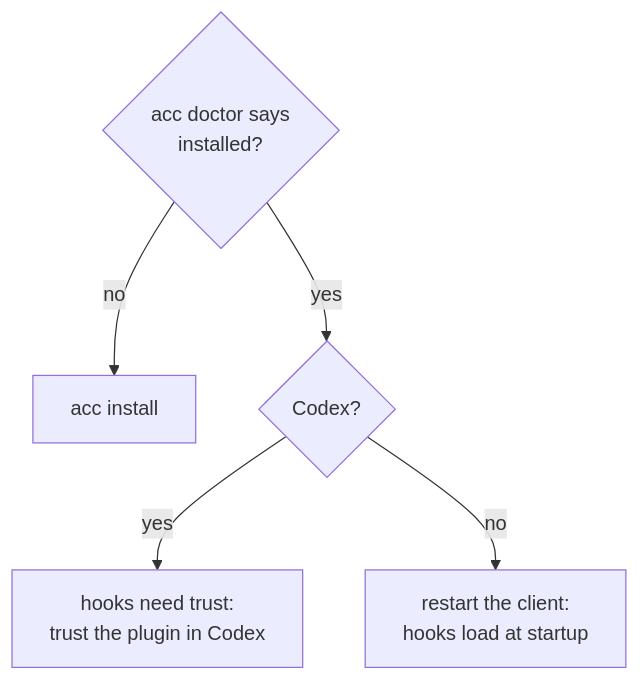
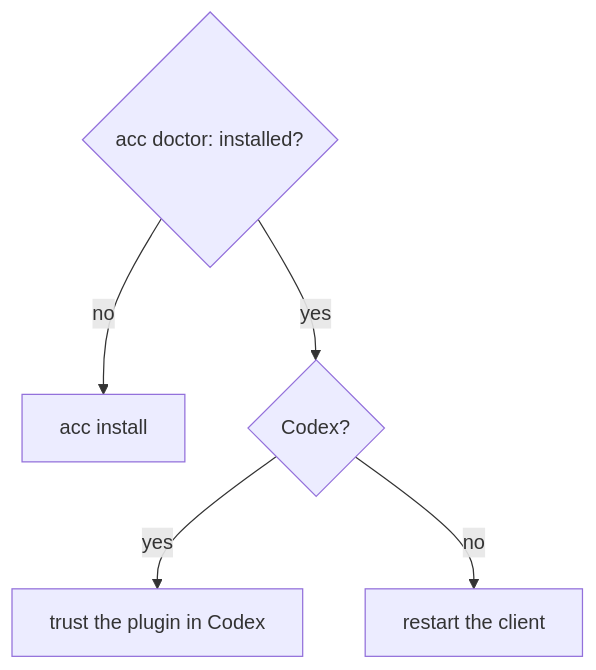
The diagram in docs/TROUBLESHOOTING.md (automatis-tools/agents-can-communicate), drawn with Mermaid before and after one commit. The commit also changed other lines of this file and 3 other files, not shown here.

````diff
--- a/docs/TROUBLESHOOTING.md
+++ b/docs/TROUBLESHOOTING.md
@@ -14,7 +17,7 @@
 ```mermaid
 graph TB
-  A{acc doctor says<br/>installed?} -->|no| B[acc install]
-  A -->|yes| C{Codex?}
-  C -->|yes| D[hooks need trust:<br/>trust the plugin in Codex]
-  C -->|no| E[restart the client:<br/>hooks load at startup]
+  A{"acc doctor: installed?"} -->|no| B["acc install"]
+  A -->|yes| C{"Codex?"}
+  C -->|yes| D["trust the plugin in Codex"]
+  C -->|no| E["restart the client"]
 ```
````
